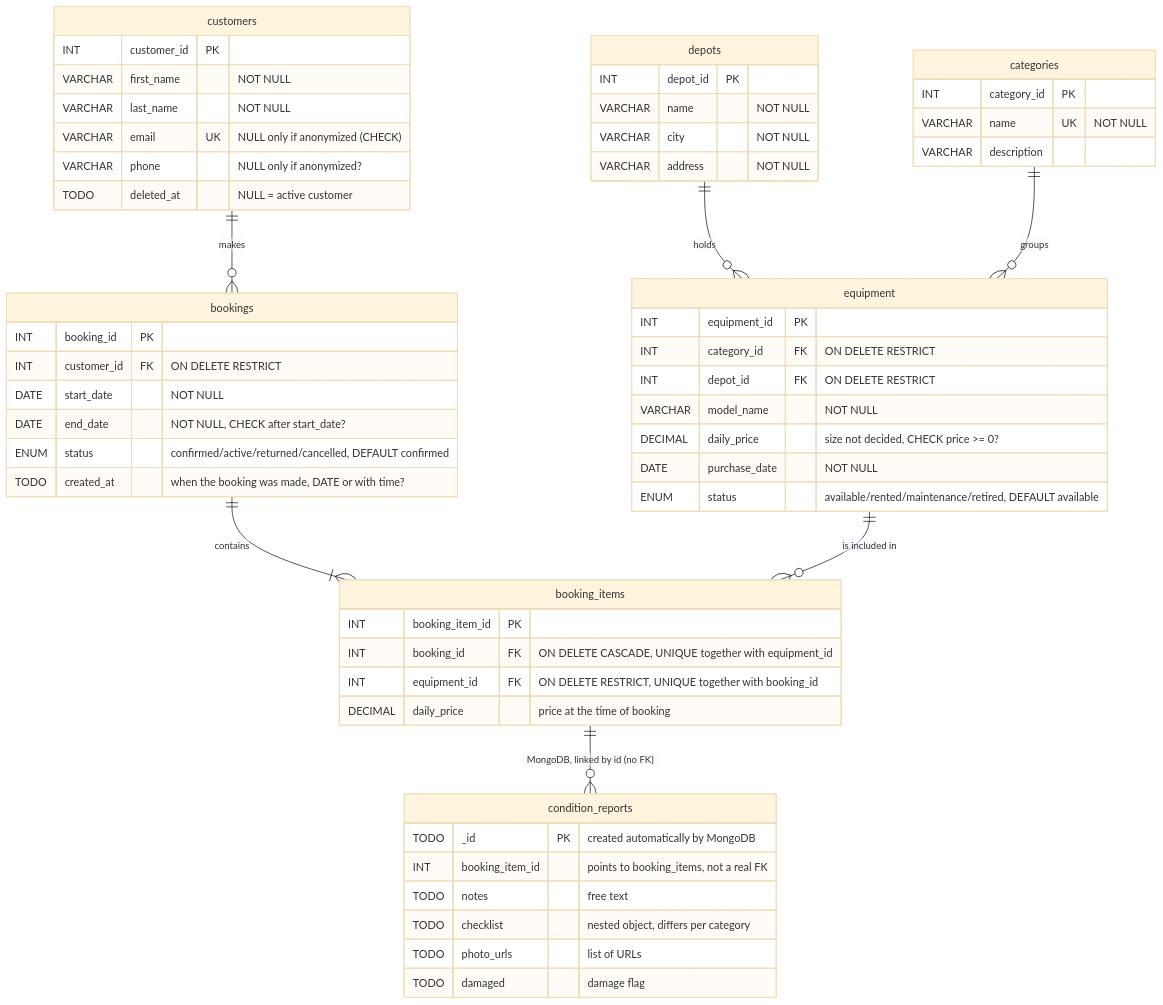
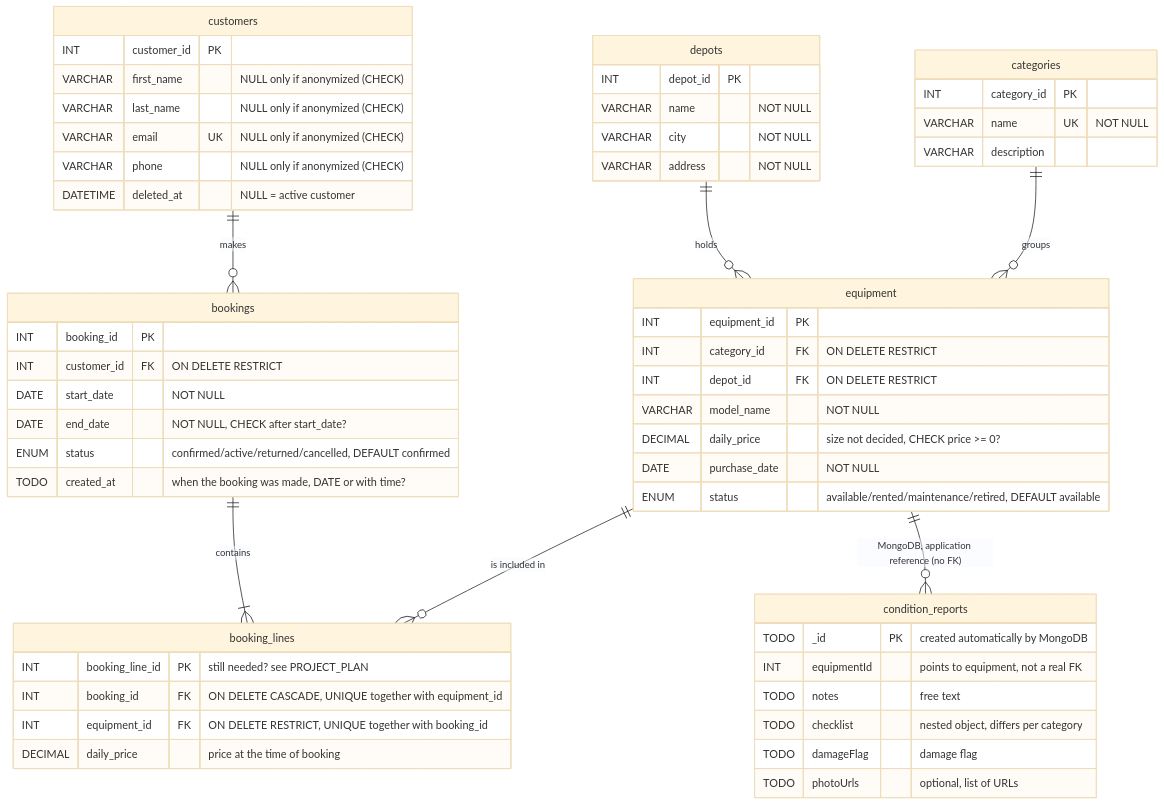
Before and after one commit to IsaForsberg/nordicrent-api: the diagram in docs/er-diagram.md, drawn with Mermaid (base theme). The commit also changed other lines of this file and 3 other files, not shown here.

````diff
--- a/docs/er-diagram.md
+++ b/docs/er-diagram.md
@@ -5,66 +5,66 @@
 ```mermaid
 erDiagram
     customers ||--o{ bookings : "makes"
-    bookings ||--|{ booking_items : "contains"
-    equipment ||--o{ booking_items : "is included in"
+    bookings ||--|{ booking_lines : "contains"
+    equipment ||--o{ booking_lines : "is included in"
     depots ||--o{ equipment : "holds"
     categories ||--o{ equipment : "groups"
-    booking_items ||--o{ condition_reports : "MongoDB, linked by id (no FK)"
+    equipment ||--o{ condition_reports : "MongoDB, application reference (no FK)"
 
     customers {
         INT customer_id PK
-        VARCHAR first_name "NOT NULL"
-        VARCHAR last_name "NOT NULL"
+        VARCHAR first_name "NULL only if anonymized (CHECK)"
+        VARCHAR last_name "NULL only if anonymized (CHECK)"
         VARCHAR email UK "NULL only if anonymized (CHECK)"
-        VARCHAR phone "NULL only if anonymized?"
-        TODO deleted_at "NULL = active customer"
+        VARCHAR phone "NULL only if anonymized (CHECK)"
+        DATETIME deleted_at "NULL = active customer"
     }
 
     depots {
         INT depot_id PK
         VARCHAR name "NOT NULL"
         VARCHAR city "NOT NULL"
         VARCHAR address "NOT NULL"
     }
 
     categories {
         INT category_id PK
         VARCHAR name UK "NOT NULL"
         VARCHAR description
     }
 
     equipment {
         INT equipment_id PK
         INT category_id FK "ON DELETE RESTRICT"
         INT depot_id FK "ON DELETE RESTRICT"
         VARCHAR model_name "NOT NULL"
         DECIMAL daily_price "size not decided, CHECK price >= 0?"
         DATE purchase_date "NOT NULL"
         ENUM status "available/rented/maintenance/retired, DEFAULT available"
     }
 
     bookings {
         INT booking_id PK
         INT customer_id FK "ON DELETE RESTRICT"
         DATE start_date "NOT NULL"
         DATE end_date "NOT NULL, CHECK after start_date?"
         ENUM status "confirmed/active/returned/cancelled, DEFAULT confirmed"
         TODO created_at "when the booking was made, DATE or with time?"
     }
 
-    booking_items {
-        INT booking_item_id PK
+    booking_lines {
+        INT booking_line_id PK "still needed? see PROJECT_PLAN"
         INT booking_id FK "ON DELETE CASCADE, UNIQUE together with equipment_id"
         INT equipment_id FK "ON DELETE RESTRICT, UNIQUE together with booking_id"
         DECIMAL daily_price "price at the time of booking"
     }
 
     condition_reports {
         TODO _id PK "created automatically by MongoDB"
-        INT booking_item_id "points to booking_items, not a real FK"
+        INT equipmentId "points to equipment, not a real FK"
         TODO notes "free text"
         TODO checklist "nested object, differs per category"
-        TODO photo_urls "list of URLs"
-        TODO damaged "damage flag"
+        TODO damageFlag "damage flag"
+        TODO photoUrls "optional, list of URLs"
     }
 ```
````
